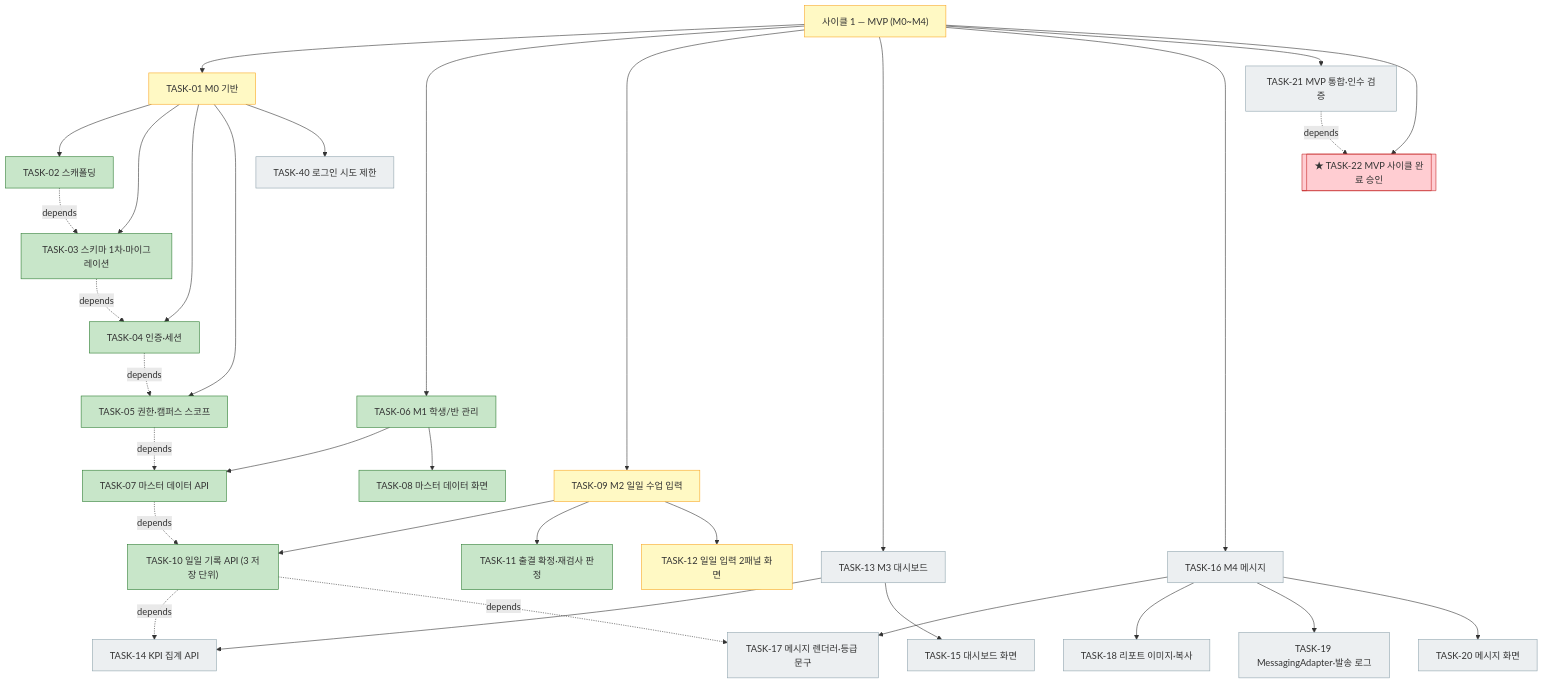
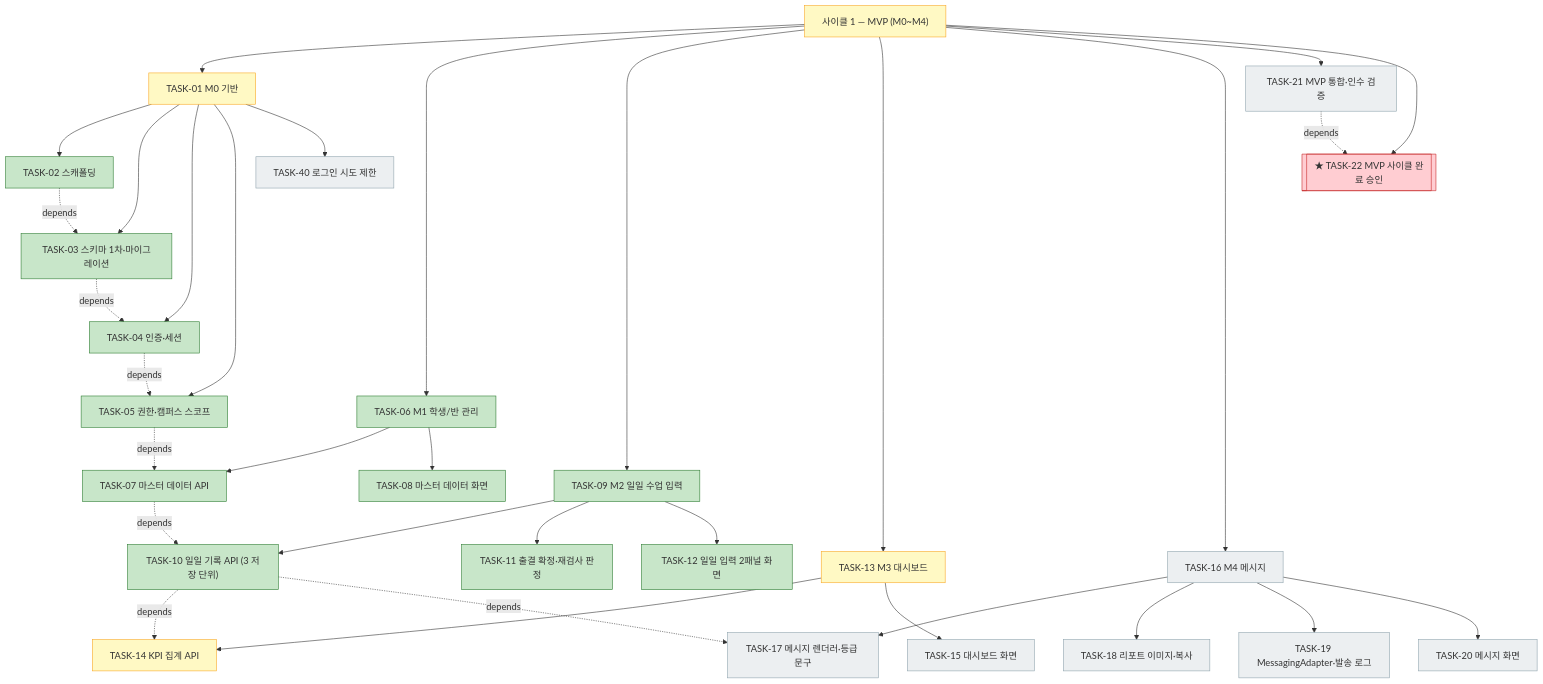
Before and after one commit to bluesky5008/mathdesk: the first of 2 diagrams in docs/plan.md, drawn with Mermaid. The commit also changed other lines of this file and 6 other files, not shown here.

````diff
--- a/docs/plan.md
+++ b/docs/plan.md
@@ -100,39 +100,39 @@
 ```mermaid
 flowchart TD
     C1["사이클 1 — MVP (M0~M4)"]:::active
     C1 --> T01["TASK-01 M0 기반"]:::active
     T01 --> T02["TASK-02 스캐폴딩"]:::done
     T01 --> T03["TASK-03 스키마 1차·마이그레이션"]:::done
     T01 --> T04["TASK-04 인증·세션"]:::done
     T01 --> T05["TASK-05 권한·캠퍼스 스코프"]:::done
     T01 --> T40["TASK-40 로그인 시도 제한"]:::todo
     C1 --> T06["TASK-06 M1 학생/반 관리"]:::done
     T06 --> T07["TASK-07 마스터 데이터 API"]:::done
     T06 --> T08["TASK-08 마스터 데이터 화면"]:::done
-    C1 --> T09["TASK-09 M2 일일 수업 입력"]:::active
+    C1 --> T09["TASK-09 M2 일일 수업 입력"]:::done
     T09 --> T10["TASK-10 일일 기록 API (3 저장 단위)"]:::done
     T09 --> T11["TASK-11 출결 확정·재검사 판정"]:::done
-    T09 --> T12["TASK-12 일일 입력 2패널 화면"]:::active
-    C1 --> T13["TASK-13 M3 대시보드"]:::todo
-    T13 --> T14["TASK-14 KPI 집계 API"]:::todo
+    T09 --> T12["TASK-12 일일 입력 2패널 화면"]:::done
+    C1 --> T13["TASK-13 M3 대시보드"]:::active
+    T13 --> T14["TASK-14 KPI 집계 API"]:::active
     T13 --> T15["TASK-15 대시보드 화면"]:::todo
     C1 --> T16["TASK-16 M4 메시지"]:::todo
     T16 --> T17["TASK-17 메시지 렌더러·등급 문구"]:::todo
     T16 --> T18["TASK-18 리포트 이미지·복사"]:::todo
     T16 --> T19["TASK-19 MessagingAdapter·발송 로그"]:::todo
     T16 --> T20["TASK-20 메시지 화면"]:::todo
     C1 --> T21["TASK-21 MVP 통합·인수 검증"]:::todo
     C1 --> T22[["★ TASK-22 MVP 사이클 완료 승인"]]:::gate
     T02 -. depends .-> T03
     T03 -. depends .-> T04
     T04 -. depends .-> T05
     T05 -. depends .-> T07
     T07 -. depends .-> T10
     T10 -. depends .-> T14
     T10 -. depends .-> T17
     T21 -. depends .-> T22
     classDef done fill:#c8e6c9,stroke:#2e7d32
     classDef active fill:#fff9c4,stroke:#f9a825
     classDef todo fill:#eceff1,stroke:#90a4ae
     classDef gate fill:#ffcdd2,stroke:#c62828
 ```
````
